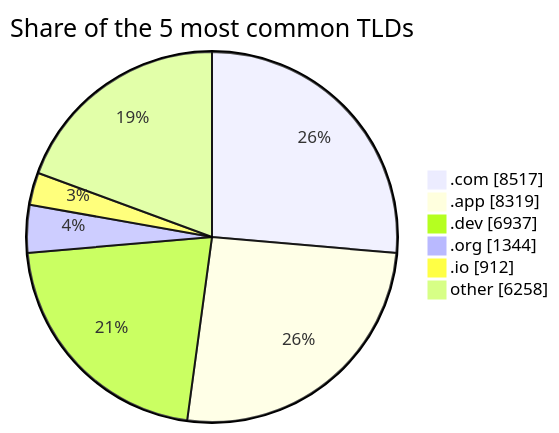
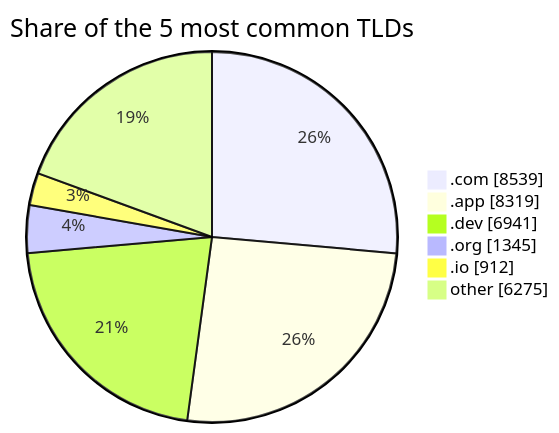
One commit to DNSBunker/CTI changed the second of 2 diagrams in README.md. Above: the diagram before and after it, drawn with Mermaid. The commit also changed other lines of this file and 3 other files, not shown here.

````diff
--- a/README.md
+++ b/README.md
@@ -72,9 +72,9 @@
 ```mermaid
 pie showData title Share of the 5 most common TLDs
-    ".com" : 8517
+    ".com" : 8539
     ".app" : 8319
-    ".dev" : 6937
-    ".org" : 1344
+    ".dev" : 6941
+    ".org" : 1345
     ".io" : 912
-    "other" : 6258
+    "other" : 6275
 ```
````
